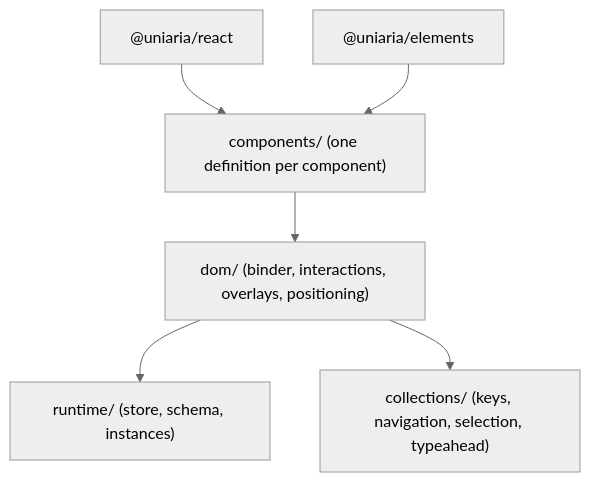
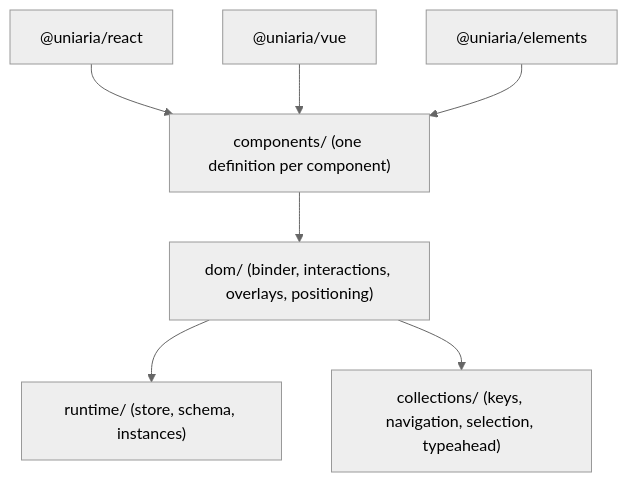
One commit to tenphi/uniaria changed the first of 3 diagrams in docs/contributing/architecture.md. Above: the diagram before and after it, drawn with Mermaid (neutral theme). The commit also changed other lines of this file and 37 other files, not shown here.

````diff
--- a/docs/contributing/architecture.md
+++ b/docs/contributing/architecture.md
@@ -20,16 +20,18 @@
 ```mermaid
 flowchart TD
   accTitle: UniAria's layers
-  accDescr: The React and custom-element adapters import component definitions. Definitions import dom/, which imports the DOM-free runtime/ and collections/. Nothing imports upward.
+  accDescr: The React, Vue and custom-element adapters import component definitions. Definitions import dom/, which imports the DOM-free runtime/ and collections/. Nothing imports upward.
   react["@uniaria/react"]
+  vue["@uniaria/vue"]
   elements["@uniaria/elements"]
   components["components/ (one definition per component)"]
   dom["dom/ (binder, interactions, overlays, positioning)"]
   runtime["runtime/ (store, schema, instances)"]
   collections["collections/ (keys, navigation, selection, typeahead)"]
   react --> components
+  vue --> components
   elements --> components
   components --> dom
   dom --> runtime
   dom --> collections
 ```
````
